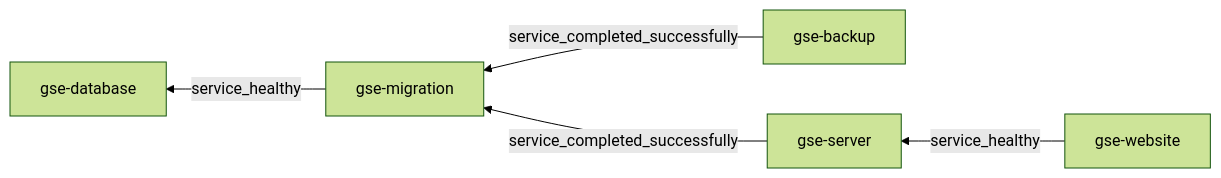
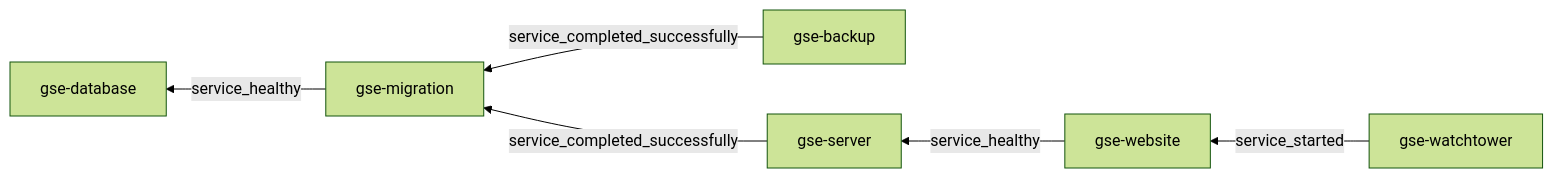
One commit to seart-group/ghs changed the diagram in README.md. Above: the diagram before and after it, drawn with Mermaid (forest theme). The commit also changed other lines of this file, not shown here.

````diff
--- a/README.md
+++ b/README.md
@@ -143,7 +144,8 @@
 ```mermaid
 graph RL
     gse-migration --> |service_healthy| gse-database
     gse-backup --> |service_completed_successfully| gse-migration
     gse-server --> |service_completed_successfully| gse-migration
     gse-website --> |service_healthy| gse-server
+    gse-watchtower --> |service_started| gse-website
 ```
````
